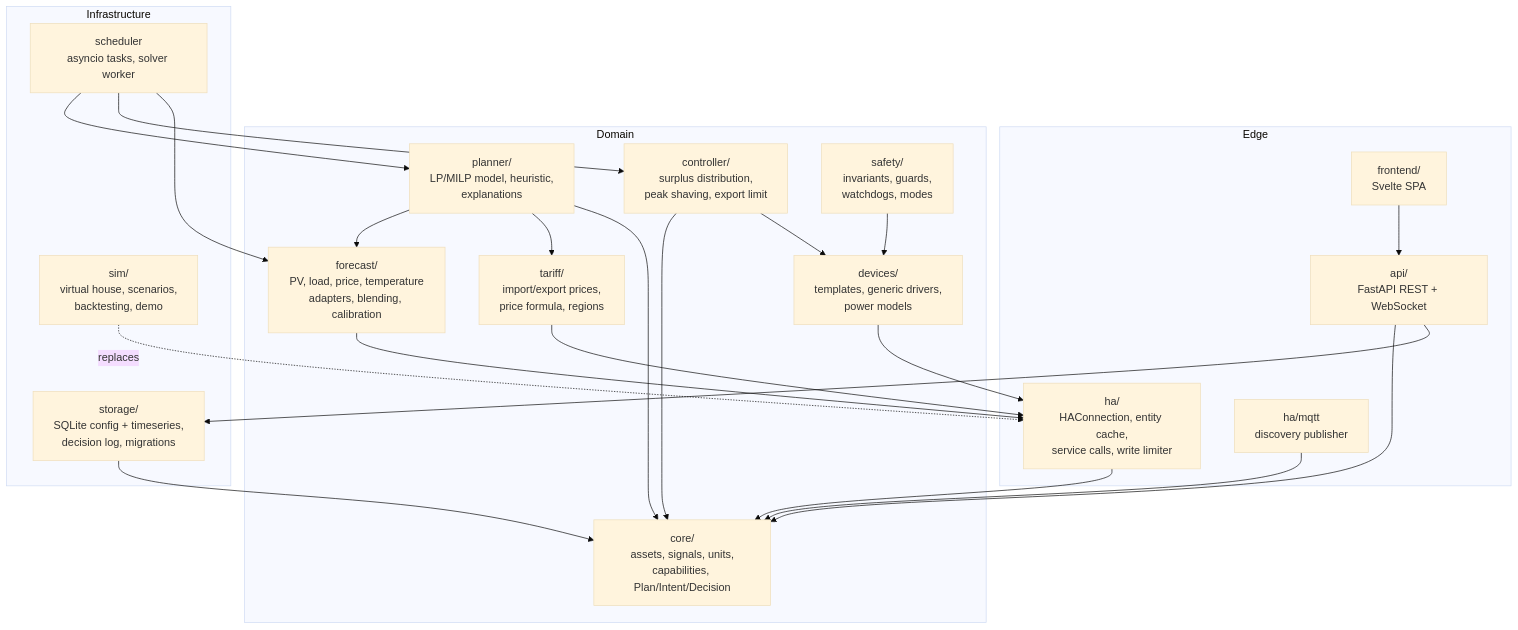
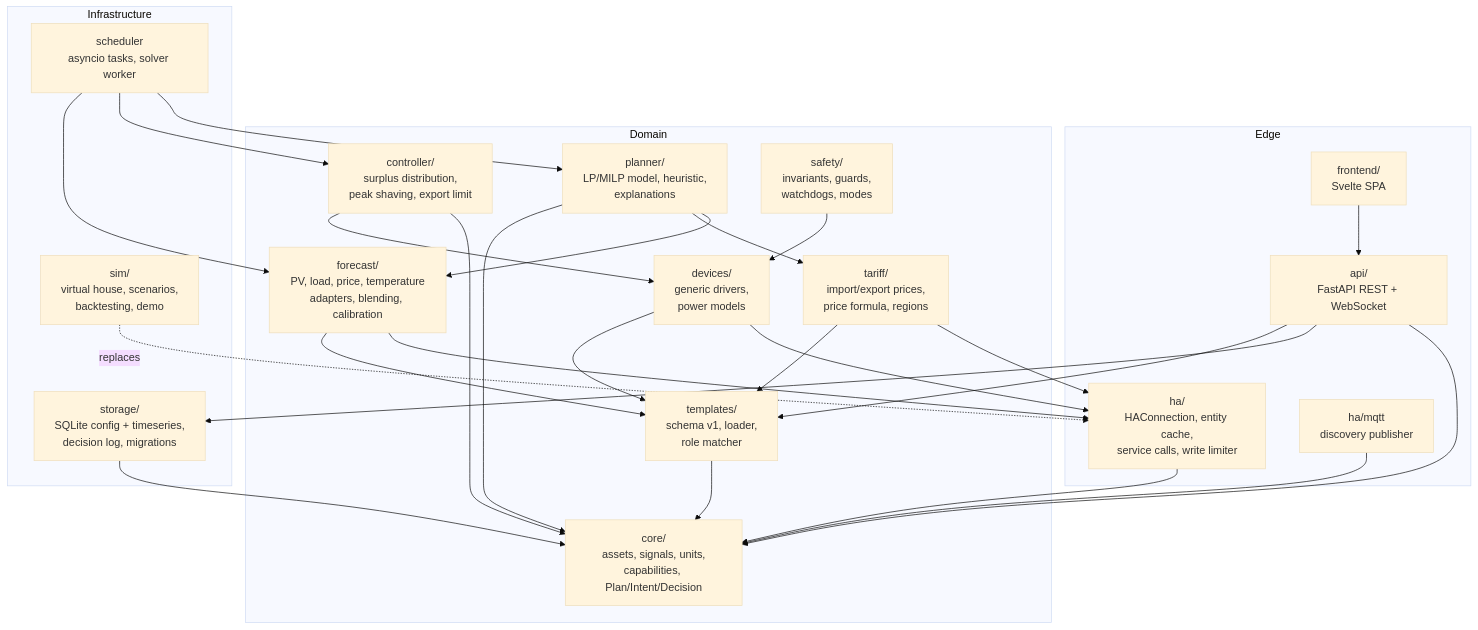
Before and after one commit to PXLJAKE/SunCore: the second of 8 diagrams in docs/architecture.md, drawn with Mermaid (base theme). The commit also changed other lines of this file and 37 other files, not shown here.

First line of the commit message:
refactor(templates): apply ADR-0012 schema review

````diff
--- a/docs/architecture.md
+++ b/docs/architecture.md
@@ -42,43 +42,49 @@
 ```mermaid
 flowchart TB
     subgraph edge["Edge"]
         api["api/<br/>FastAPI REST + WebSocket"]
         frontend["frontend/<br/>Svelte SPA"]
         ha["ha/<br/>HAConnection, entity cache,<br/>service calls, write limiter"]
         mqttpub["ha/mqtt<br/>discovery publisher"]
     end
     subgraph domain["Domain"]
         core["core/<br/>assets, signals, units,<br/>capabilities, Plan/Intent/Decision"]
         forecast["forecast/<br/>PV, load, price, temperature<br/>adapters, blending, calibration"]
         tariff["tariff/<br/>import/export prices,<br/>price formula, regions"]
         planner["planner/<br/>LP/MILP model, heuristic,<br/>explanations"]
         controller["controller/<br/>surplus distribution,<br/>peak shaving, export limit"]
         safety["safety/<br/>invariants, guards,<br/>watchdogs, modes"]
-        devices["devices/<br/>templates, generic drivers,<br/>power models"]
+        templates["templates/<br/>schema v1, loader,<br/>role matcher"]
+        devices["devices/<br/>generic drivers,<br/>power models"]
     end
     subgraph infra["Infrastructure"]
         storage["storage/<br/>SQLite config + timeseries,<br/>decision log, migrations"]
         sim["sim/<br/>virtual house, scenarios,<br/>backtesting, demo"]
         sched["scheduler<br/>asyncio tasks, solver worker"]
     end
 
     frontend --> api
     api --> core
     api --> storage
     ha --> core
     forecast --> ha
     tariff --> ha
     planner --> forecast
     planner --> tariff
     planner --> core
     controller --> core
     controller --> devices
     safety --> devices
     devices --> ha
+    devices --> templates
+    tariff --> templates
+    forecast --> templates
+    api --> templates
+    templates --> core
     mqttpub --> core
     storage --> core
     sim -. replaces .-> ha
     sched --> planner
     sched --> controller
     sched --> forecast
 ```
````
